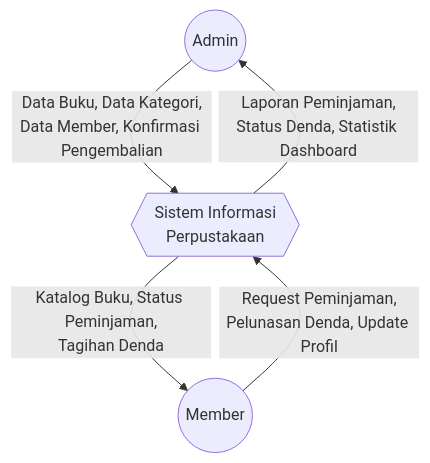
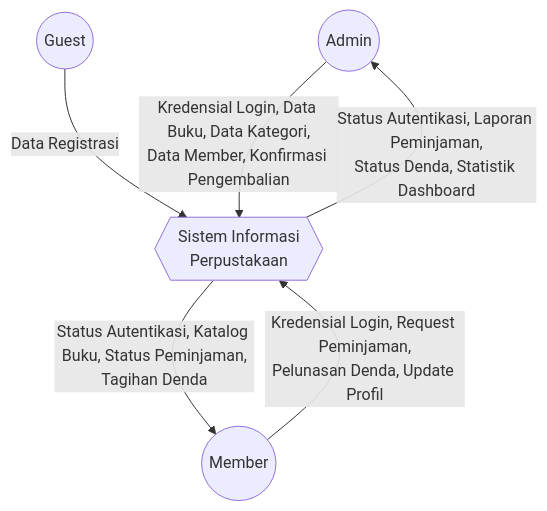
One commit to 25091397085-stack/rpl-perpustakaan changed the first of 13 diagrams in documentation.md. Above: the diagram before and after it, drawn with Mermaid. The commit also changed other lines of this file, not shown here.

````diff
--- a/documentation.md
+++ b/documentation.md
@@ -46,17 +46,19 @@
 ```mermaid
 graph TD
     %% Entitas Eksternal
     Admin((Admin))
     Member((Member))
+    Guest((Guest))
 
     %% Sistem
     System{{"Sistem Informasi\nPerpustakaan"}}
 
-    %% Aliran Data Admin
-    Admin -- "Data Buku, Data Kategori,\nData Member, Konfirmasi Pengembalian" --> System
-    System -- "Laporan Peminjaman,\nStatus Denda, Statistik Dashboard" --> Admin
+    %% Aliran Data
+    Guest -- "Data Registrasi" --> System
+    
+    Admin -- "Kredensial Login, Data Buku, Data Kategori,\nData Member, Konfirmasi Pengembalian" --> System
+    System -- "Status Autentikasi, Laporan Peminjaman,\nStatus Denda, Statistik Dashboard" --> Admin
 
-    %% Aliran Data Member
-    Member -- "Request Peminjaman,\nPelunasan Denda, Update Profil" --> System
-    System -- "Katalog Buku, Status Peminjaman,\nTagihan Denda" --> Member
+    Member -- "Kredensial Login, Request Peminjaman,\nPelunasan Denda, Update Profil" --> System
+    System -- "Status Autentikasi, Katalog Buku, Status Peminjaman,\nTagihan Denda" --> Member
 ```
````
